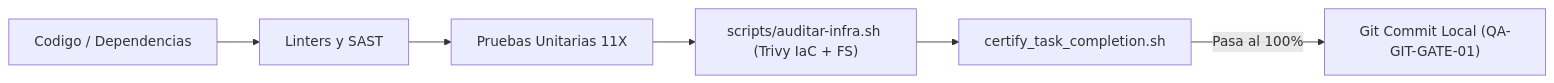
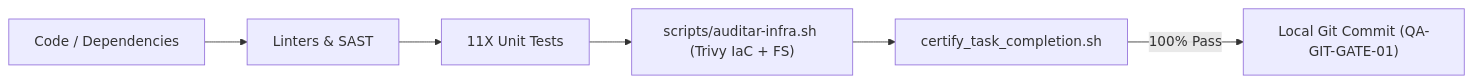
The second of 2 diagrams in SECURITY.md (tecno-consultores/qa-testing-blueprints), drawn with Mermaid before and after one commit. The commit also changed other lines of this file and 104 other files, not shown here.

````diff
--- a/SECURITY.md
+++ b/SECURITY.md
@@ -252,8 +254,8 @@
 ```mermaid
 flowchart LR
-    DEV["Codigo / Dependencias"] --> LINT["Linters y SAST"]
-    LINT --> TEST["Pruebas Unitarias 11X"]
+    DEV["Code / Dependencies"] --> LINT["Linters & SAST"]
+    LINT --> TEST["11X Unit Tests"]
     TEST --> AUDIT["scripts/auditar-infra.sh (Trivy IaC + FS)"]
     AUDIT --> GATE["certify_task_completion.sh"]
-    GATE -->|"Pasa al 100%"| GIT["Git Commit Local (QA-GIT-GATE-01)"]
+    GATE -->|"100% Pass"| GIT["Local Git Commit (QA-GIT-GATE-01)"]
 ```
````
